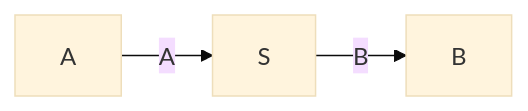
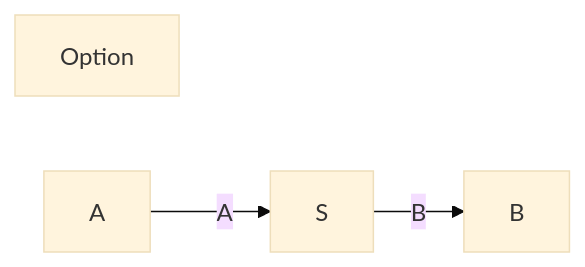
One commit to julianpeeters/polynomial changed the diagram in README.md. Above: the diagram before and after it, drawn with Mermaid (base theme). The commit also changed other lines of this file and 4 other files, not shown here.

````diff
--- a/README.md
+++ b/README.md
@@ -55,4 +57,6 @@
 ```mermaid
 graph LR;
+  Option
+
   A:::hidden-->|A|S-->|B|B:::hidden;
 ```
````
